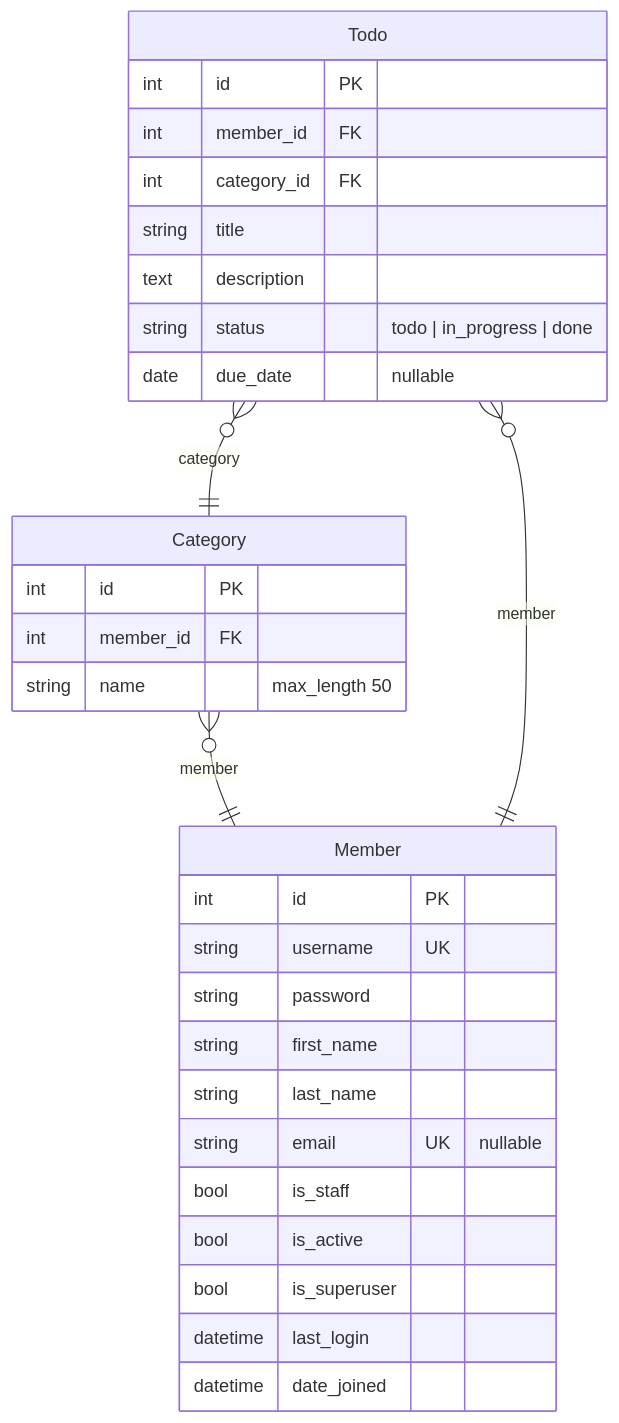
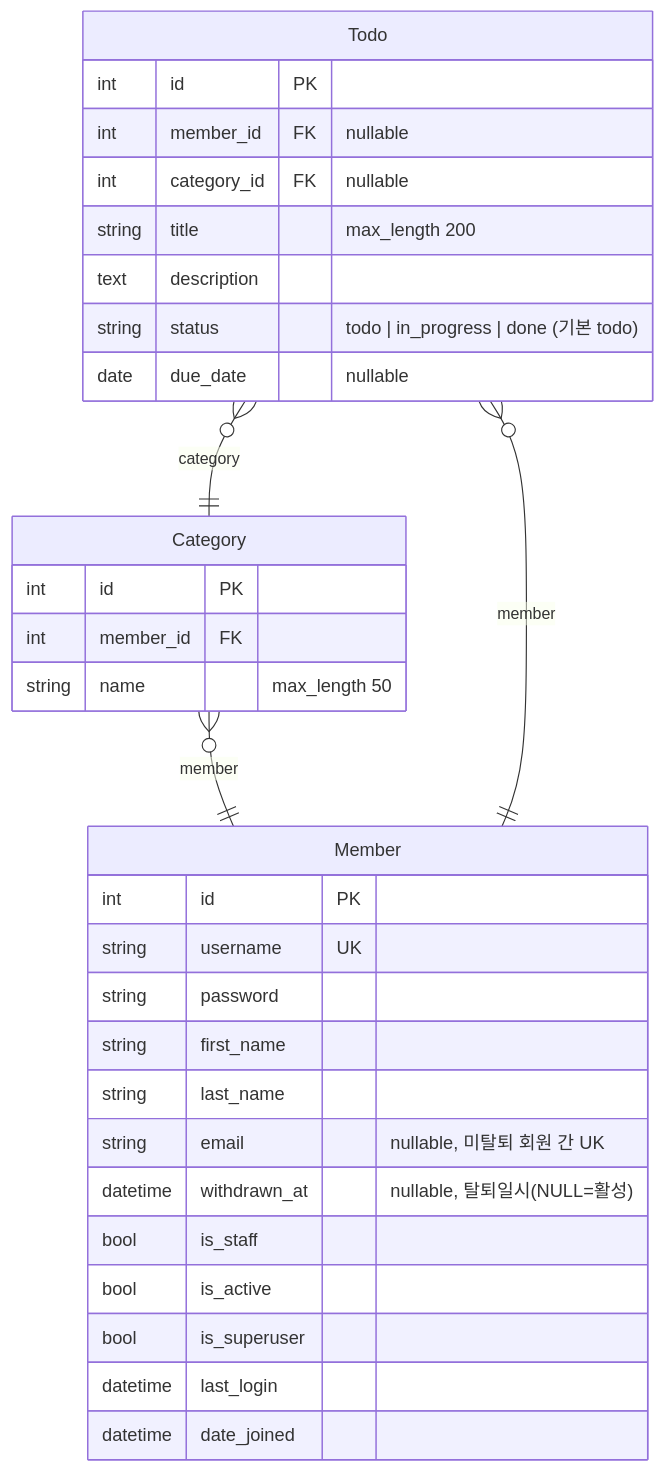
One commit to CS-yorisa/TODO-YORISA changed the diagram in docs/erd.md. Above: the diagram before and after it, drawn with Mermaid. The commit also changed other lines of this file and 5 other files, not shown here.

First line of the commit message:
feat: 회원 탈퇴 시 email 보존 및 탈퇴일시 기록

````diff
--- a/docs/erd.md
+++ b/docs/erd.md
@@ -3,33 +3,34 @@
 ```mermaid
 erDiagram
     Member {
         int id PK
         string username UK
         string password
         string first_name
         string last_name
-        string email UK "nullable"
+        string email "nullable, 미탈퇴 회원 간 UK"
+        datetime withdrawn_at "nullable, 탈퇴일시(NULL=활성)"
         bool is_staff
         bool is_active
         bool is_superuser
         datetime last_login
         datetime date_joined
     }
     Category {
         int id PK
         int member_id FK
         string name "max_length 50"
     }
     Todo {
         int id PK
-        int member_id FK
-        int category_id FK
-        string title
+        int member_id FK "nullable"
+        int category_id FK "nullable"
+        string title "max_length 200"
         text description
-        string status "todo | in_progress | done"
+        string status "todo | in_progress | done (기본 todo)"
         date due_date "nullable"
     }
     Category }o--|| Member : "member"
     Todo }o--|| Member : "member"
     Todo }o--|| Category : "category"
 ```
````
